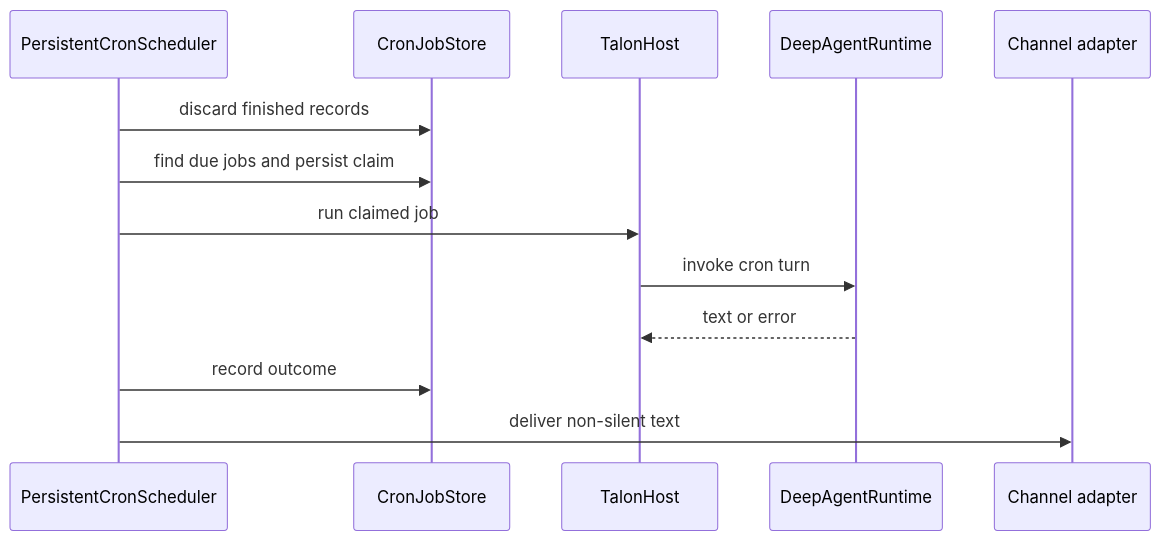
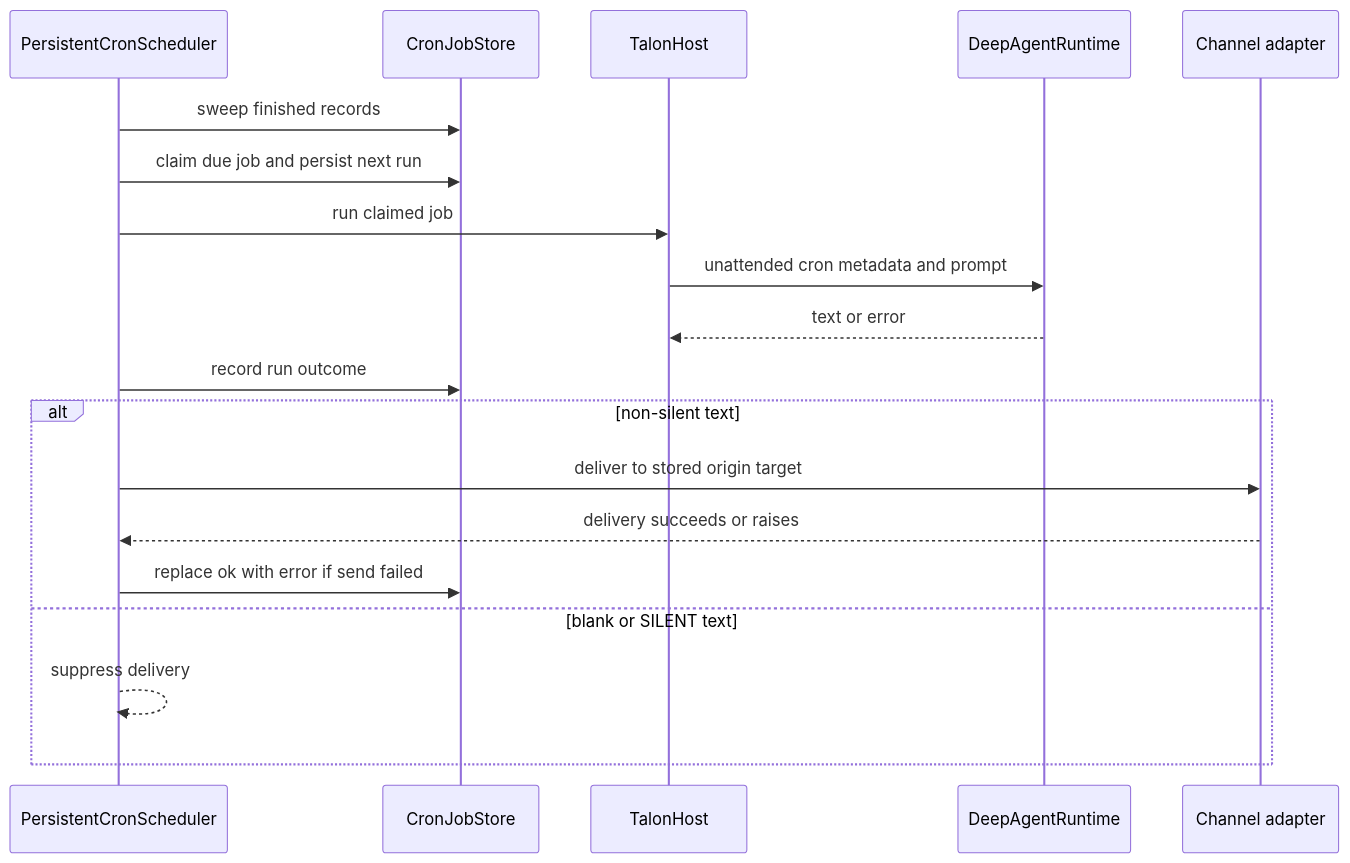
The first of 2 diagrams in openwiki/concepts/talon-scheduling.md (langchain-ai/deepagents), drawn with Mermaid before and after one commit. The commit also changed other lines of this file and 25 other files, not shown here.

````diff
--- a/openwiki/concepts/talon-scheduling.md
+++ b/openwiki/concepts/talon-scheduling.md
@@ -47,15 +51,21 @@
 ```mermaid
 sequenceDiagram
     participant Scheduler as PersistentCronScheduler
     participant Store as CronJobStore
     participant Host as TalonHost
     participant Runtime as DeepAgentRuntime
     participant Channel as Channel adapter
-    Scheduler->>Store: discard finished records
-    Scheduler->>Store: find due jobs and persist claim
+    Scheduler->>Store: sweep finished records
+    Scheduler->>Store: claim due job and persist next run
     Scheduler->>Host: run claimed job
-    Host->>Runtime: invoke cron turn
+    Host->>Runtime: unattended cron metadata and prompt
     Runtime-->>Host: text or error
-    Scheduler->>Store: record outcome
-    Scheduler->>Channel: deliver non-silent text
+    Scheduler->>Store: record run outcome
+    alt non-silent text
+        Scheduler->>Channel: deliver to stored origin target
+        Channel-->>Scheduler: delivery succeeds or raises
+        Scheduler->>Store: replace ok with error if send failed
+    else blank or SILENT text
+        Scheduler-->>Scheduler: suppress delivery
+    end
 ```
````
